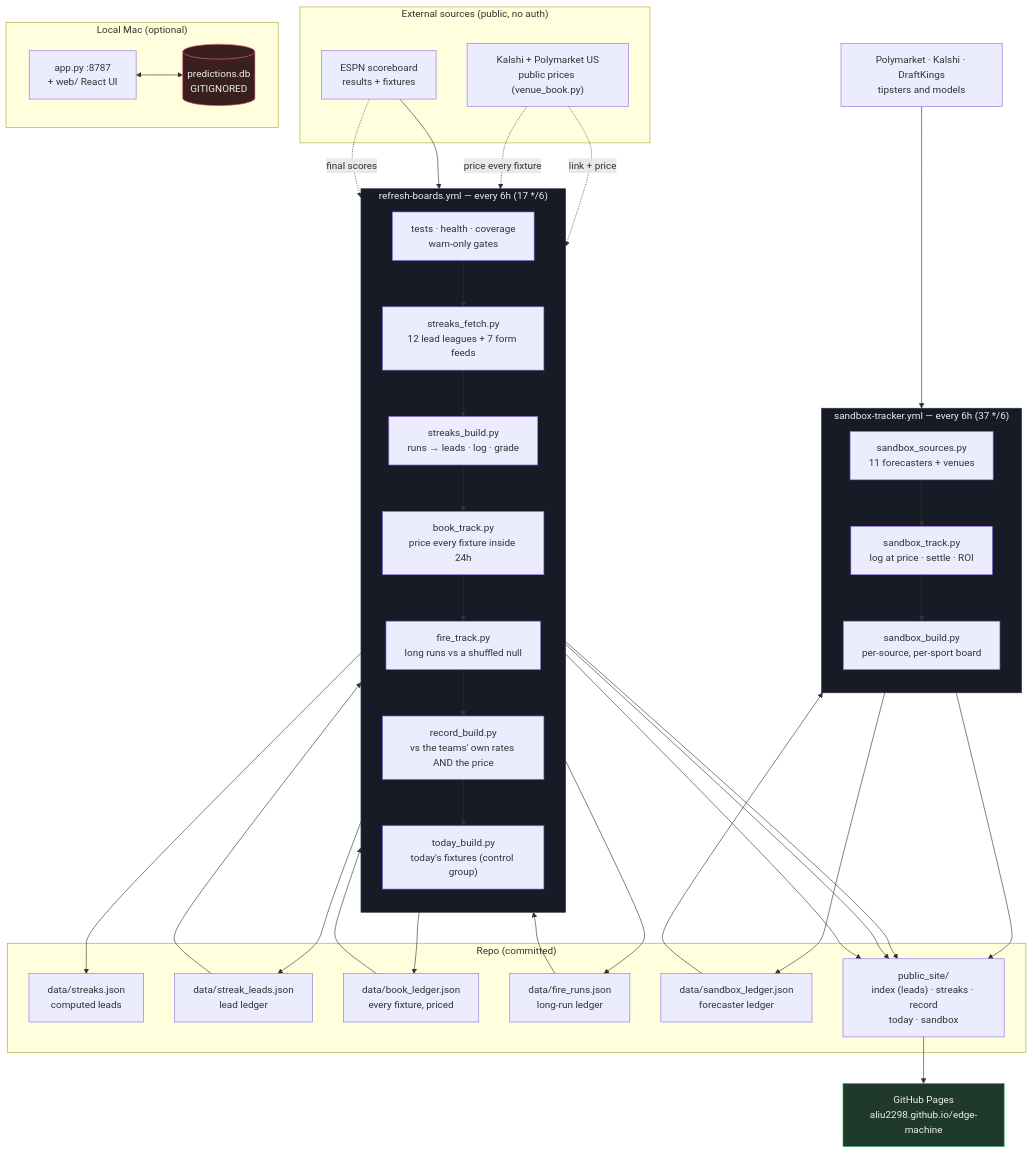
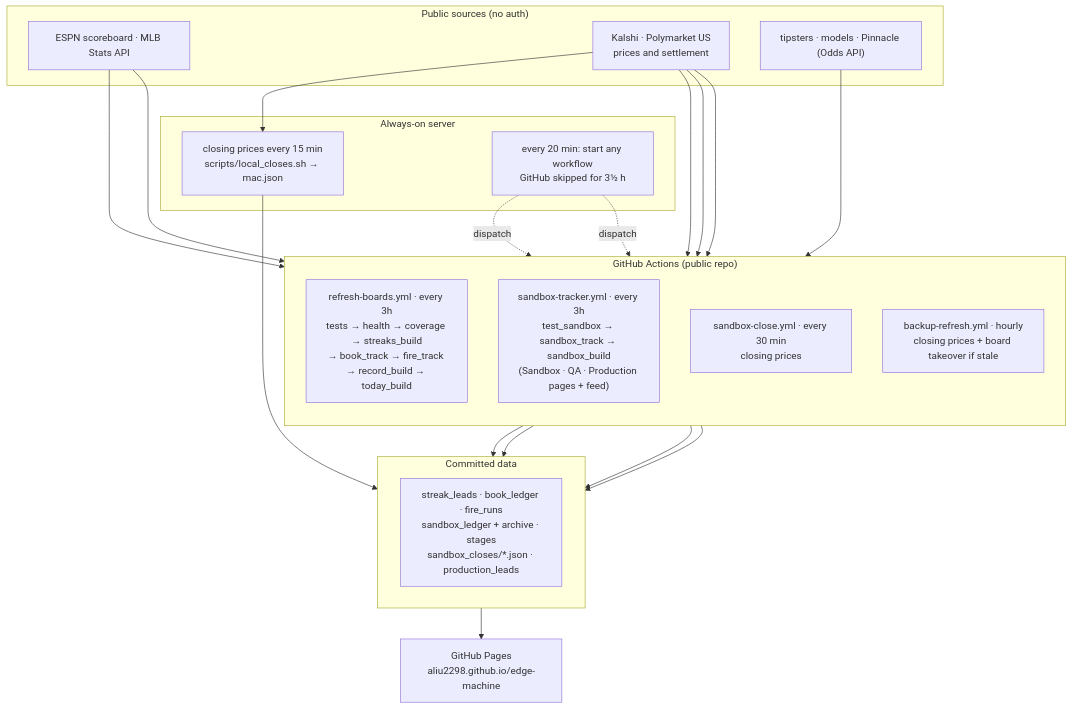
Before and after one commit to aliu2298/edge-machine: the diagram in README.md, drawn with Mermaid. The commit also changed other lines of this file, not shown here.

Commit message:
README: current state — pages, ladder and per-sport gates, rules table, server role, retired and researched

````diff
--- a/README.md
+++ b/README.md
@@ -20,65 +37,32 @@
 ```mermaid
 flowchart TB
-    subgraph CI["refresh-boards.yml — every 6h (17 */6)"]
+    subgraph GH["GitHub Actions (public repo)"]
         direction TB
-        TS["tests · health · coverage<br/>warn-only gates"]
-        SF["streaks_fetch.py<br/>12 lead leagues + 7 form feeds"]
-        SB["streaks_build.py<br/>runs → leads · log · grade"]
-        BT["book_track.py<br/>price every fixture inside 24h"]
-        FT["fire_track.py<br/>long runs vs a shuffled null"]
-        RB["record_build.py<br/>vs the teams' own rates AND the price"]
-        TD["today_build.py<br/>today's fixtures (control group)"]
-        TS --> SF --> SB --> BT --> FT --> RB --> TD
+        RB["refresh-boards.yml · every 3h<br/>tests → health → coverage → streaks_build<br/>→ book_track → fire_track → record_build → today_build"]
+        SX["sandbox-tracker.yml · every 3h<br/>test_sandbox → sandbox_track → sandbox_build<br/>(Sandbox · QA · Production pages + feed)"]
+        SC["sandbox-close.yml · every 30 min<br/>closing prices"]
+        WD["backup-refresh.yml · hourly<br/>closing prices + board takeover if stale"]
     end
 
-    subgraph SX["sandbox-tracker.yml — every 6h (37 */6)"]
-        direction TB
-        SS["sandbox_sources.py<br/>11 forecasters + venues"]
-        ST["sandbox_track.py<br/>log at price · settle · ROI"]
-        SBD["sandbox_build.py<br/>per-source, per-sport board"]
-        SS --> ST --> SBD
+    subgraph SRV["Always-on server"]
+        LC["closing prices every 15 min<br/>scripts/local_closes.sh → mac.json"]
+        KICK["every 20 min: start any workflow<br/>GitHub skipped for 3½ h"]
     end
 
-    subgraph EXT["External sources (public, no auth)"]
-        BOV["Kalshi + Polymarket US<br/>public prices (venue_book.py)"]
-        ESPN["ESPN scoreboard<br/>results + fixtures"]
+    subgraph EXT["Public sources (no auth)"]
+        ESPN["ESPN scoreboard · MLB Stats API"]
+        EXCH["Kalshi · Polymarket US<br/>prices and settlement"]
+        TIPS["tipsters · models · Pinnacle (Odds API)"]
     end
 
-    subgraph REPO["Repo (committed)"]
-        SJ["data/streaks.json<br/>computed leads"]
-        SLJ["data/streak_leads.json<br/>lead ledger"]
-        BLJ["data/book_ledger.json<br/>every fixture, priced"]
-        FRJ["data/fire_runs.json<br/>long-run ledger"]
-        SXJ["data/sandbox_ledger.json<br/>forecaster ledger"]
-        OUT["public_site/<br/>index (leads) · streaks · record<br/>today · sandbox"]
+    subgraph DATA["Committed data"]
+        LEDG["streak_leads · book_ledger · fire_runs<br/>sandbox_ledger + archive · stages<br/>sandbox_closes/*.json · production_leads"]
     end
 
-    subgraph LOCAL["Local Mac (optional)"]
-        APP["app.py :8787<br/>+ web/ React UI"]
-        DB[("predictions.db<br/>GITIGNORED")]
-        APP <--> DB
-    end
-
-    BOV -.link + price.-> SB
-    BOV -.price every fixture.-> BT
-    ESPN --> SF
-    ESPN -.final scores.-> SB
-    MKT["Polymarket · Kalshi · DraftKings<br/>tipsters and models"] --> SS
-
-    SB --> SJ
-    SB --> SLJ --> RB
-    BT --> BLJ --> RB
-    FT --> FRJ --> RB
-    ST --> SXJ --> SBD
-    SB --> OUT
-    RB --> OUT
-    TD --> OUT
-    SBD --> OUT
-
-    OUT --> PAGES["GitHub Pages<br/>aliu2298.github.io/edge-machine"]
-
-    style DB fill:#3a1f1f,stroke:#e06c75,color:#eee
-    style PAGES fill:#1f3a2a,stroke:#3fb970,color:#eee
-    style CI fill:#161b26,stroke:#2b3245,color:#eee
-    style SX fill:#161b26,stroke:#2b3245,color:#eee
+    ESPN --> RB & SX
+    EXCH --> RB & SX & SC & LC
+    TIPS --> SX
+    RB & SX & SC & WD & LC --> DATA
+    KICK -.dispatch.-> RB & SX
+    DATA --> PAGES["GitHub Pages<br/>aliu2298.github.io/edge-machine"]
 ```
````
